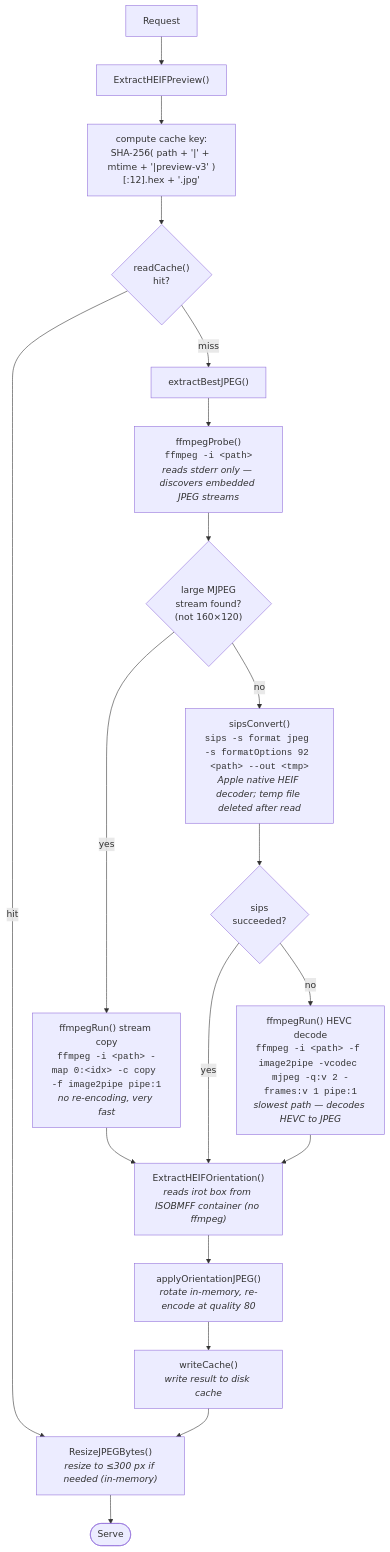
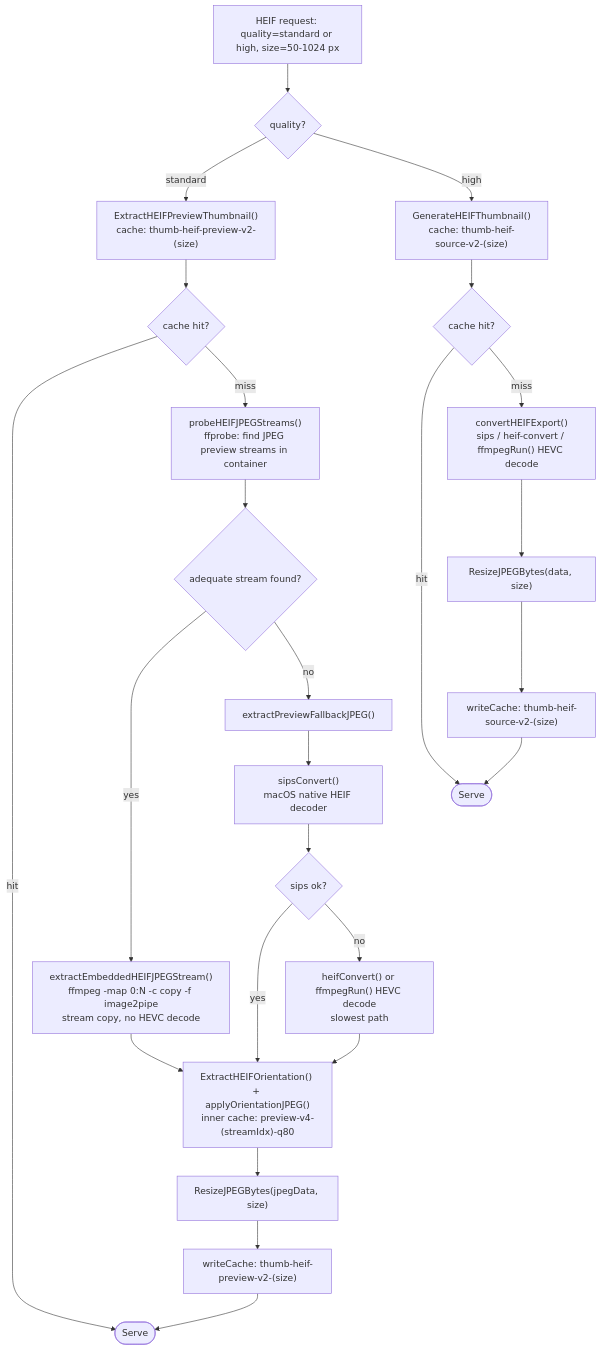
Before and after one commit to bjblazko/unterlumen: the second of 6 diagrams in doc/architecture/image-processing-flow.md, drawn with Mermaid. The commit also changed other lines of this file and 8 other files, not shown here.

````diff
--- a/doc/architecture/image-processing-flow.md
+++ b/doc/architecture/image-processing-flow.md
@@ -44,27 +44,29 @@
 ```mermaid
 flowchart TD
-    A[Request] --> B["ExtractHEIFPreview()"]
-    B --> C["compute cache key:<br/>SHA-256( path + '|' + mtime + '|preview-v3' )[:12].hex + '.jpg'"]
-    C --> D{"readCache()<br/>hit?"}
-    D -- "hit" --> RESIZE
+    A["HEIF request: quality=standard or high, size=50-1024 px"] --> B{quality?}
 
-    D -- "miss" --> E["extractBestJPEG()"]
-    E --> F["ffmpegProbe()<br/><code>ffmpeg -i &lt;path&gt;</code><br/><i>reads stderr only — discovers embedded JPEG streams</i>"]
-    F --> G{"large MJPEG<br/>stream found?<br/>(not 160×120)"}
+    B -- standard --> C["ExtractHEIFPreviewThumbnail()<br/>cache: thumb-heif-preview-v2-(size)"]
+    C --> D{cache hit?}
+    D -- hit --> SERVE1([Serve])
+    D -- miss --> E["probeHEIFJPEGStreams()<br/>ffprobe: find JPEG preview streams in container"]
+    E --> F{adequate stream found?}
+    F -- yes --> G["extractEmbeddedHEIFJPEGStream()<br/>ffmpeg -map 0:N -c copy -f image2pipe<br/>stream copy, no HEVC decode"]
+    G --> H["ExtractHEIFOrientation() + applyOrientationJPEG()<br/>inner cache: preview-v4-(streamIdx)-q80"]
+    H --> RESIZE
+    F -- no --> FALL["extractPreviewFallbackJPEG()"]
+    FALL --> I["sipsConvert()<br/>macOS native HEIF decoder"]
+    I --> J{sips ok?}
+    J -- yes --> H
+    J -- no --> K["heifConvert() or ffmpegRun() HEVC decode<br/>slowest path"]
+    K --> H
 
-    G -- "yes" --> H["ffmpegRun() stream copy<br/><code>ffmpeg -i &lt;path&gt; -map 0:&lt;idx&gt; -c copy -f image2pipe pipe:1</code><br/><i>no re-encoding, very fast</i>"]
-    G -- "no" --> I["sipsConvert()<br/><code>sips -s format jpeg -s formatOptions 92 &lt;path&gt; --out &lt;tmp&gt;</code><br/><i>Apple native HEIF decoder; temp file deleted after read</i>"]
-    I --> J{"sips<br/>succeeded?"}
-    J -- "yes" --> ORIENT
-    J -- "no" --> K["ffmpegRun() HEVC decode<br/><code>ffmpeg -i &lt;path&gt; -f image2pipe -vcodec mjpeg -q:v 2 -frames:v 1 pipe:1</code><br/><i>slowest path — decodes HEVC to JPEG</i>"]
-    H --> ORIENT
-    K --> ORIENT
+    RESIZE["ResizeJPEGBytes(jpegData, size)"]
+    RESIZE --> L["writeCache: thumb-heif-preview-v2-(size)"] --> SERVE1
 
-    ORIENT["ExtractHEIFOrientation()<br/><i>reads irot box from ISOBMFF container (no ffmpeg)</i>"]
-    ORIENT --> ORI2["applyOrientationJPEG()<br/><i>rotate in-memory, re-encode at quality 80</i>"]
-    ORI2 --> CACHE["writeCache()<br/><i>write result to disk cache</i>"]
-    CACHE --> RESIZE
-
-    RESIZE["ResizeJPEGBytes()<br/><i>resize to ≤300 px if needed (in-memory)</i>"]
-    RESIZE --> SERVE([Serve])
+    B -- high --> M["GenerateHEIFThumbnail()<br/>cache: thumb-heif-source-v2-(size)"]
+    M --> N{cache hit?}
+    N -- hit --> SERVE2([Serve])
+    N -- miss --> O["convertHEIFExport()<br/>sips / heif-convert / ffmpegRun() HEVC decode"]
+    O --> P["ResizeJPEGBytes(data, size)"]
+    P --> Q["writeCache: thumb-heif-source-v2-(size)"] --> SERVE2
 ```
````
